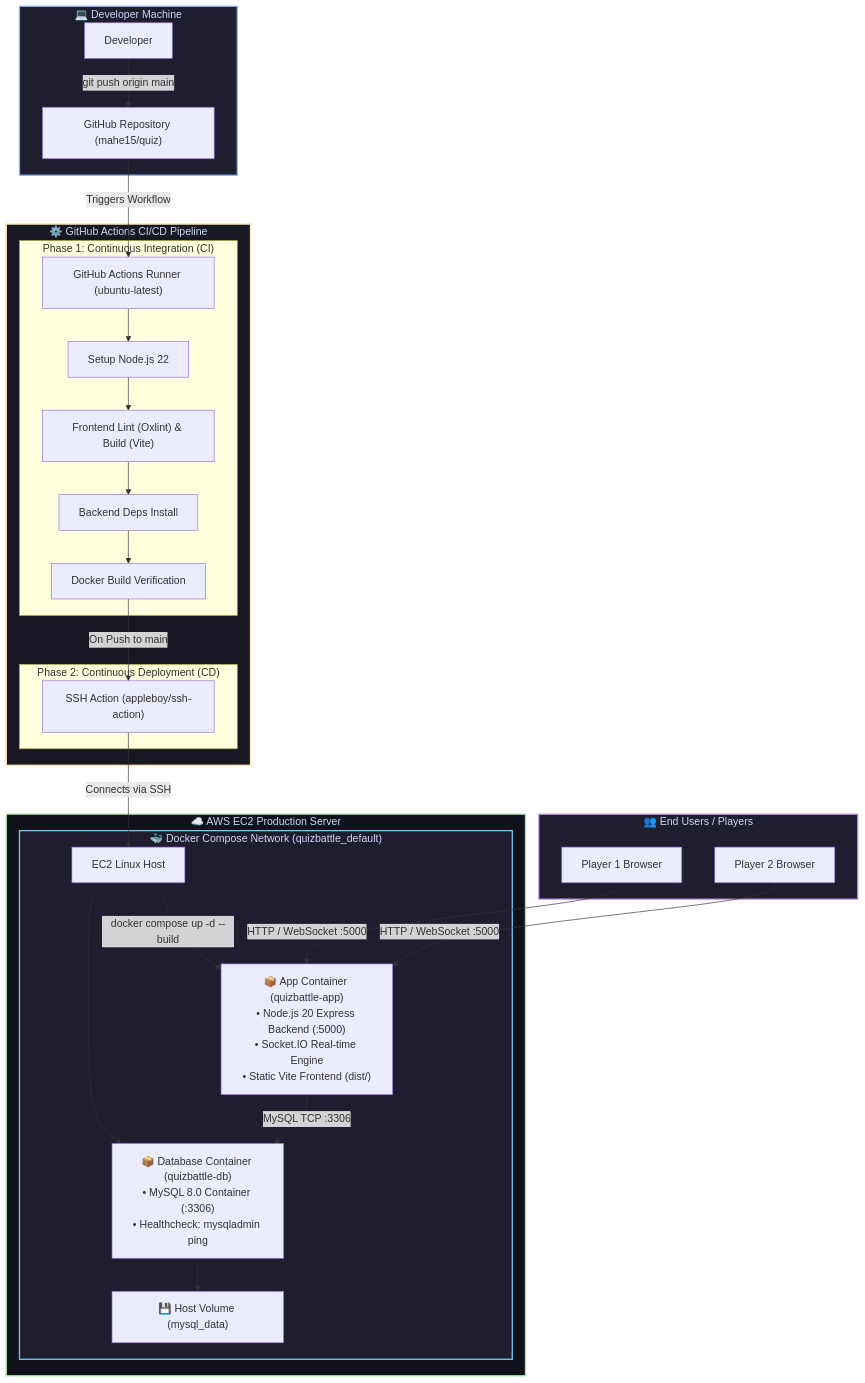
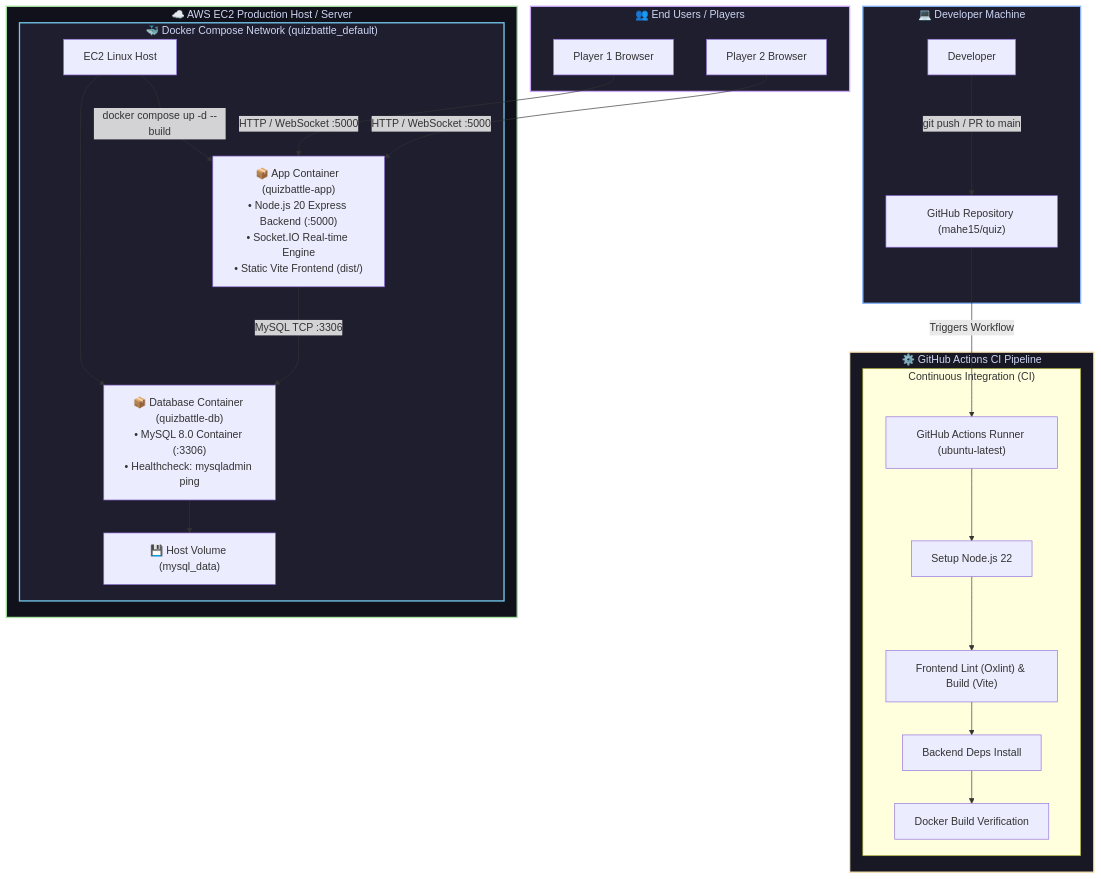
One commit to mahe15/quiz changed the first of 4 diagrams in README.MD. Above: the diagram before and after it, drawn with Mermaid. The commit also changed other lines of this file and 18 other files, not shown here.

````diff
--- a/README.MD
+++ b/README.MD
@@ -9,45 +9,41 @@
 ```mermaid
 graph TD
     subgraph DevEnv["💻 Developer Machine"]
-        Dev["Developer"] -->|git push origin main| GitHub["GitHub Repository (mahe15/quiz)"]
+        Dev["Developer"] -->|git push / PR to main| GitHub["GitHub Repository (mahe15/quiz)"]
     end
 
-    subgraph GHActions["⚙️ GitHub Actions CI/CD Pipeline"]
+    subgraph GHActions["⚙️ GitHub Actions CI Pipeline"]
         GitHub -->|Triggers Workflow| Runner["GitHub Actions Runner (ubuntu-latest)"]
         
-        subgraph CI_Stage["Phase 1: Continuous Integration (CI)"]
+        subgraph CI_Stage["Continuous Integration (CI)"]
             Runner --> Step1["Setup Node.js 22"]
             Step1 --> Step2["Frontend Lint (Oxlint) & Build (Vite)"]
             Step2 --> Step3["Backend Deps Install"]
             Step3 --> Step4["Docker Build Verification"]
         end
-
-        subgraph CD_Stage["Phase 2: Continuous Deployment (CD)"]
-            Step4 -->|On Push to main| SSH_Step["SSH Action (appleboy/ssh-action)"]
-        end
     end
 
-    subgraph AWSEC2["☁️ AWS EC2 Production Server"]
-        SSH_Step -->|Connects via SSH| EC2_Host["EC2 Linux Host"]
+    subgraph AWSEC2["☁️ AWS EC2 Production Host / Server"]
+        EC2_Host["EC2 Linux Host"]
         
         subgraph DockerNetwork["🐳 Docker Compose Network (quizbattle_default)"]
             EC2_Host -->|docker compose up -d --build| App_Container["📦 App Container (quizbattle-app)\n• Node.js 20 Express Backend (:5000)\n• Socket.IO Real-time Engine\n• Static Vite Frontend (dist/)"]
             
             EC2_Host --> DB_Container["📦 Database Container (quizbattle-db)\n• MySQL 8.0 Container (:3306)\n• Healthcheck: mysqladmin ping"]
             
             App_Container -->|MySQL TCP :3306| DB_Container
             DB_Container --> Volume["💾 Host Volume (mysql_data)"]
         end
     end
 
     subgraph Players["👥 End Users / Players"]
         P1["Player 1 Browser"] -->|HTTP / WebSocket :5000| App_Container
         P2["Player 2 Browser"] -->|HTTP / WebSocket :5000| App_Container
     end
 
     style DevEnv fill:#1e1e2e,stroke:#89b4fa,stroke-width:2px,color:#cdd6f4
     style GHActions fill:#181825,stroke:#f9e2af,stroke-width:2px,color:#cdd6f4
     style AWSEC2 fill:#11111b,stroke:#a6e3a1,stroke-width:2px,color:#cdd6f4
     style DockerNetwork fill:#1e1e2e,stroke:#74c7ec,stroke-width:2px,color:#cdd6f4
     style Players fill:#1e1e2e,stroke:#cba6f7,stroke-width:2px,color:#cdd6f4
 ```
````
